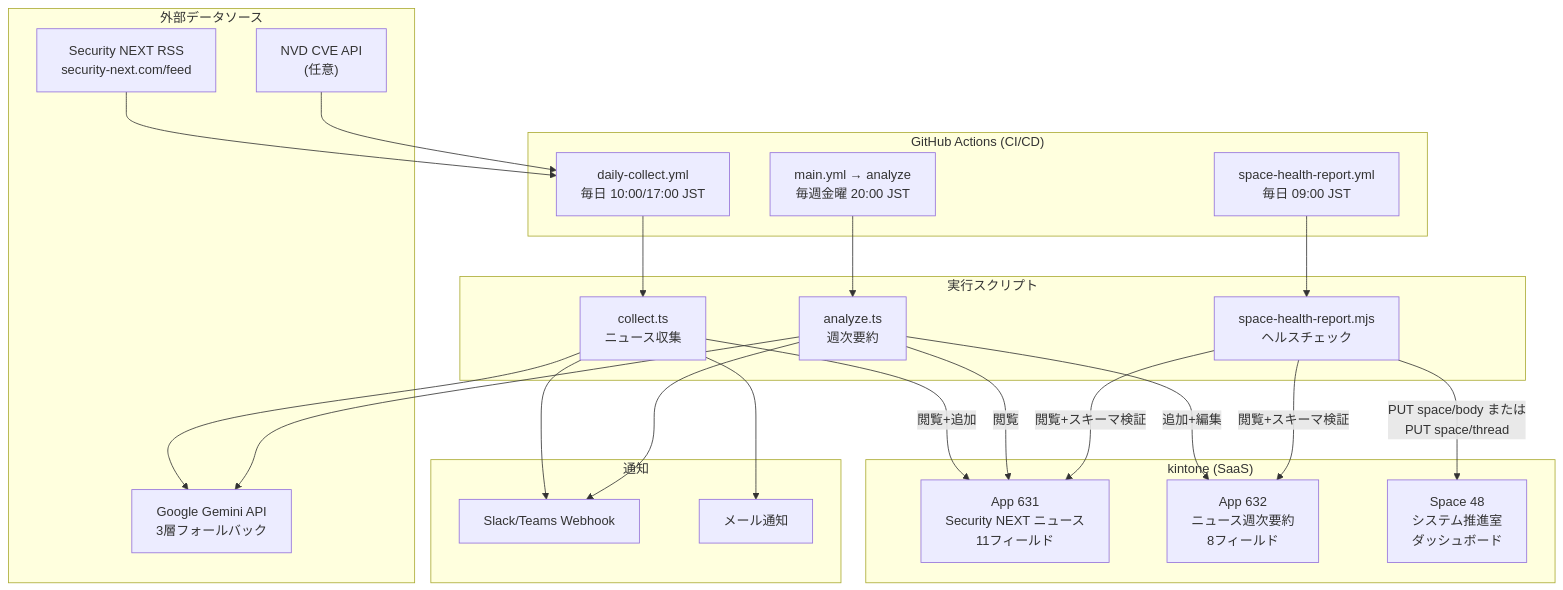
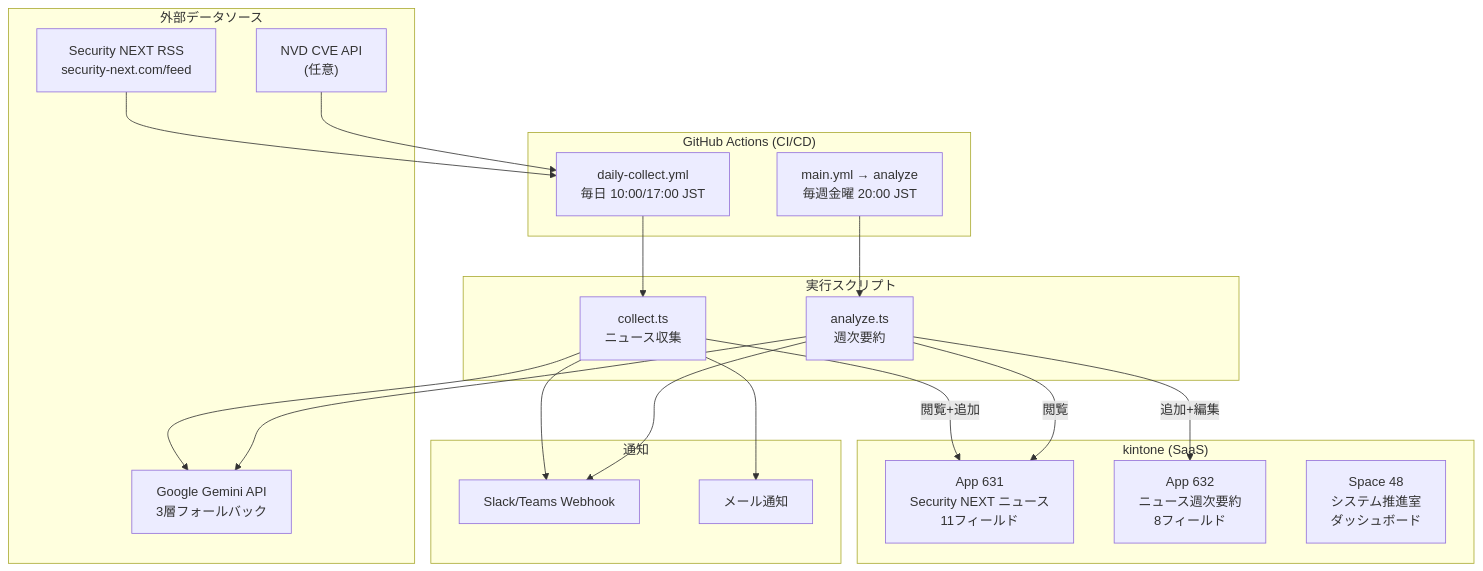
Before and after one commit to mhamad4968/GitHub-Actions: the first of 5 diagrams in docs/final-architecture.md, drawn with Mermaid. The commit also changed other lines of this file and 12 other files, not shown here.

Commit message:
chore: remove daily space-health-report workflow and scripts

````diff
--- a/docs/final-architecture.md
+++ b/docs/final-architecture.md
@@ -11,51 +11,44 @@
 ```mermaid
 graph TB
     subgraph "外部データソース"
         RSS["Security NEXT RSS<br/>security-next.com/feed"]
         NVD["NVD CVE API<br/>(任意)"]
         GEMINI["Google Gemini API<br/>3層フォールバック"]
     end
 
     subgraph "GitHub Actions (CI/CD)"
         COLLECT["daily-collect.yml<br/>毎日 10:00/17:00 JST"]
         ANALYZE["main.yml → analyze<br/>毎週金曜 20:00 JST"]
-        HEALTH["space-health-report.yml<br/>毎日 09:00 JST"]
     end
 
     subgraph "実行スクリプト"
         CTS["collect.ts<br/>ニュース収集"]
         ATS["analyze.ts<br/>週次要約"]
-        HRS["space-health-report.mjs<br/>ヘルスチェック"]
     end
 
     subgraph "kintone (SaaS)"
         APP631["App 631<br/>Security NEXT ニュース<br/>11フィールド"]
         APP632["App 632<br/>ニュース週次要約<br/>8フィールド"]
         SPACE48["Space 48<br/>システム推進室<br/>ダッシュボード"]
     end
 
     subgraph "通知"
         WEBHOOK["Slack/Teams Webhook"]
         EMAIL["メール通知"]
     end
 
     RSS --> COLLECT
     NVD --> COLLECT
     COLLECT --> CTS
     CTS -->|"閲覧+追加"| APP631
     CTS --> GEMINI
 
     ANALYZE --> ATS
     ATS -->|"閲覧"| APP631
     ATS -->|"追加+編集"| APP632
     ATS --> GEMINI
 
-    HEALTH --> HRS
-    HRS -->|"閲覧+スキーマ検証"| APP631
-    HRS -->|"閲覧+スキーマ検証"| APP632
-    HRS -->|"PUT space/body または<br/>PUT space/thread"| SPACE48
-
     CTS --> WEBHOOK
     CTS --> EMAIL
     ATS --> WEBHOOK
 ```
````
